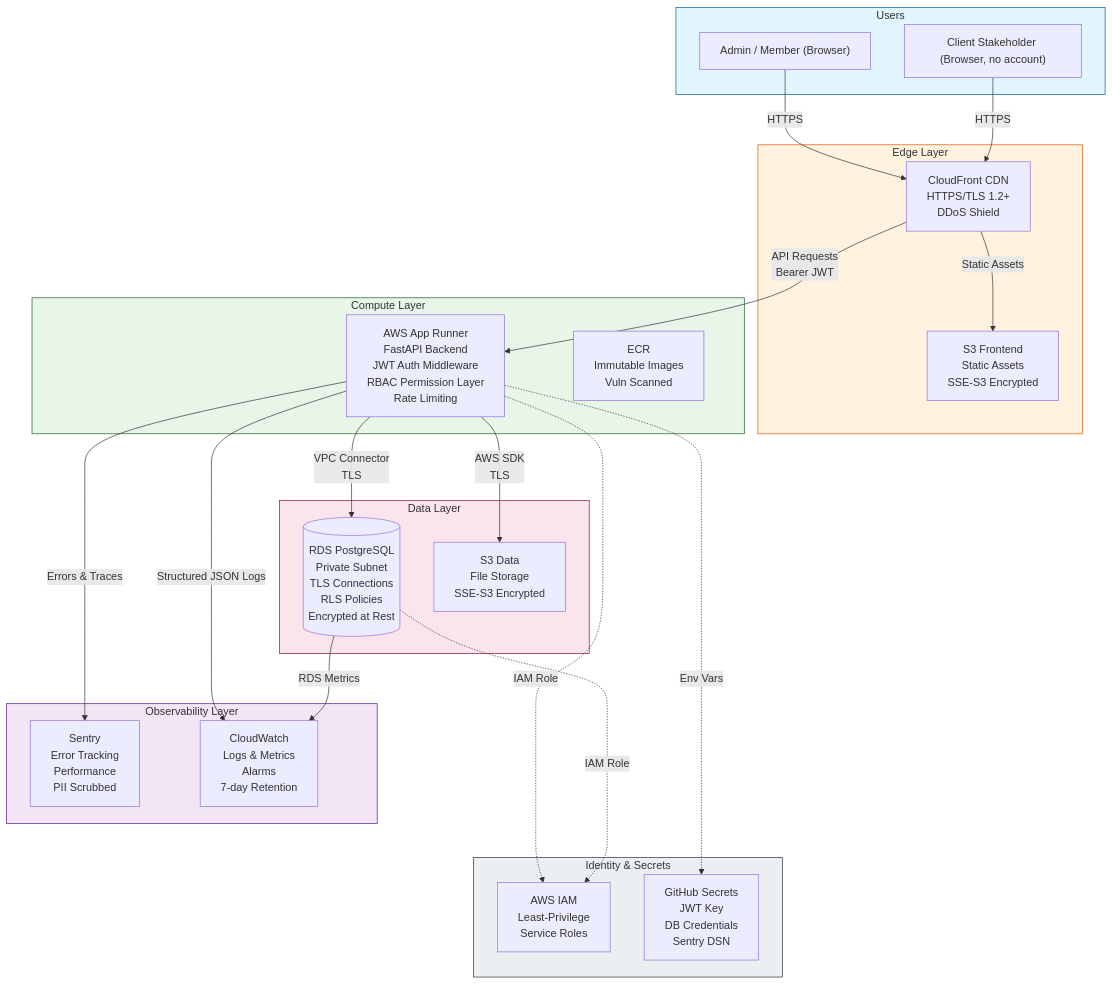
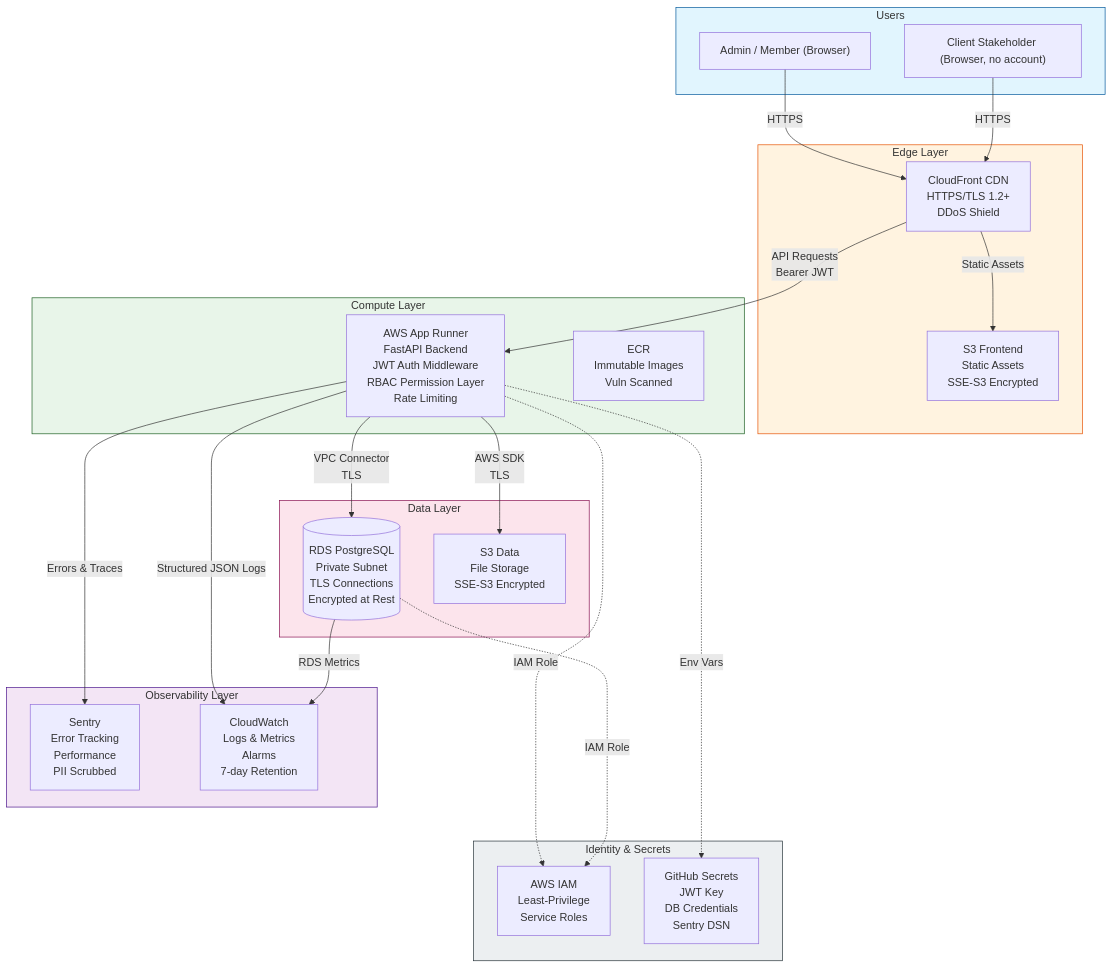
One commit to alonsovndev/open-projects-hub-docs changed the first of 4 diagrams in docs/03-architecture/security/security-architecture.md. Above: the diagram before and after it, drawn with Mermaid. The commit also changed other lines of this file and 26 other files, not shown here.

First line of the commit message:
docs: align architecture and ADRs with as-built workspace tenancy

````diff
--- a/docs/03-architecture/security/security-architecture.md
+++ b/docs/03-architecture/security/security-architecture.md
@@ -84,52 +84,52 @@
 ```mermaid
 flowchart TB
     subgraph Users["Users"]
         Admin["Admin / Member (Browser)"]
         Stakeholder["Client Stakeholder (Browser, no account)"]
     end
 
     subgraph Edge["Edge Layer"]
         CF["CloudFront CDN<br/>HTTPS/TLS 1.2+<br/>DDoS Shield"]
         S3F["S3 Frontend<br/>Static Assets<br/>SSE-S3 Encrypted"]
     end
 
     subgraph Compute["Compute Layer"]
         AR["AWS App Runner<br/>FastAPI Backend<br/>JWT Auth Middleware<br/>RBAC Permission Layer<br/>Rate Limiting"]
         ECR["ECR<br/>Immutable Images<br/>Vuln Scanned"]
     end
 
     subgraph Data["Data Layer"]
-        RDS[("RDS PostgreSQL<br/>Private Subnet<br/>TLS Connections<br/>RLS Policies<br/>Encrypted at Rest")]
+        RDS[("RDS PostgreSQL<br/>Private Subnet<br/>TLS Connections<br/>Encrypted at Rest")]
         S3D["S3 Data<br/>File Storage<br/>SSE-S3 Encrypted"]
     end
 
     subgraph Observability["Observability Layer"]
         Sentry["Sentry<br/>Error Tracking<br/>Performance<br/>PII Scrubbed"]
         CW["CloudWatch<br/>Logs & Metrics<br/>Alarms<br/>7-day Retention"]
     end
 
     subgraph Identity["Identity & Secrets"]
         IAM["AWS IAM<br/>Least-Privilege<br/>Service Roles"]
         Secrets["GitHub Secrets<br/>JWT Key<br/>DB Credentials<br/>Sentry DSN"]
     end
 
     Admin -->|"HTTPS"| CF
     Stakeholder -->|"HTTPS"| CF
     CF -->|"Static Assets"| S3F
     CF -->|"API Requests<br/>Bearer JWT"| AR
     AR -->|"VPC Connector<br/>TLS"| RDS
     AR -->|"AWS SDK<br/>TLS"| S3D
     AR -->|"Errors & Traces"| Sentry
     AR -->|"Structured JSON Logs"| CW
     RDS -->|"RDS Metrics"| CW
     AR -..->|"IAM Role"| IAM
     RDS -..->|"IAM Role"| IAM
     AR -..->|"Env Vars"| Secrets
 
     style Users fill:#e1f5fe,stroke:#01579b
     style Edge fill:#fff3e0,stroke:#e65100
     style Compute fill:#e8f5e9,stroke:#1b5e20
     style Data fill:#fce4ec,stroke:#880e4f
     style Observability fill:#f3e5f5,stroke:#4a148c
     style Identity fill:#eceff1,stroke:#263238
 ```
````
